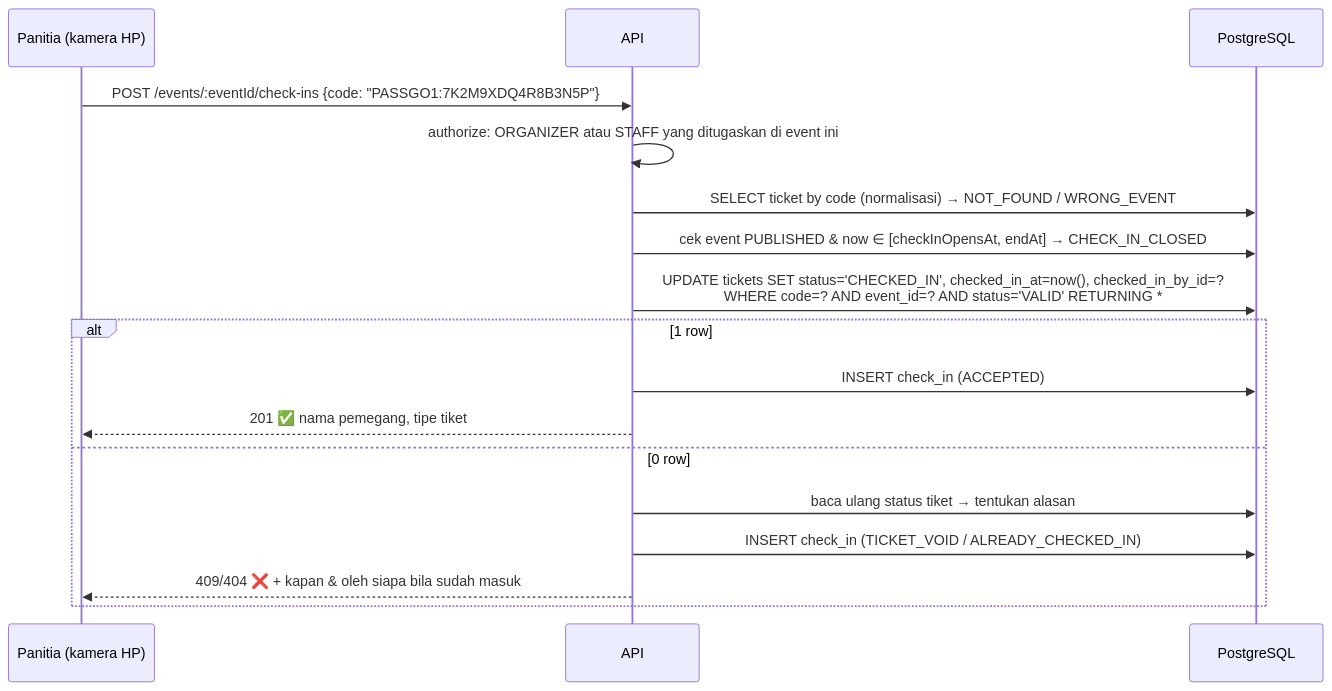
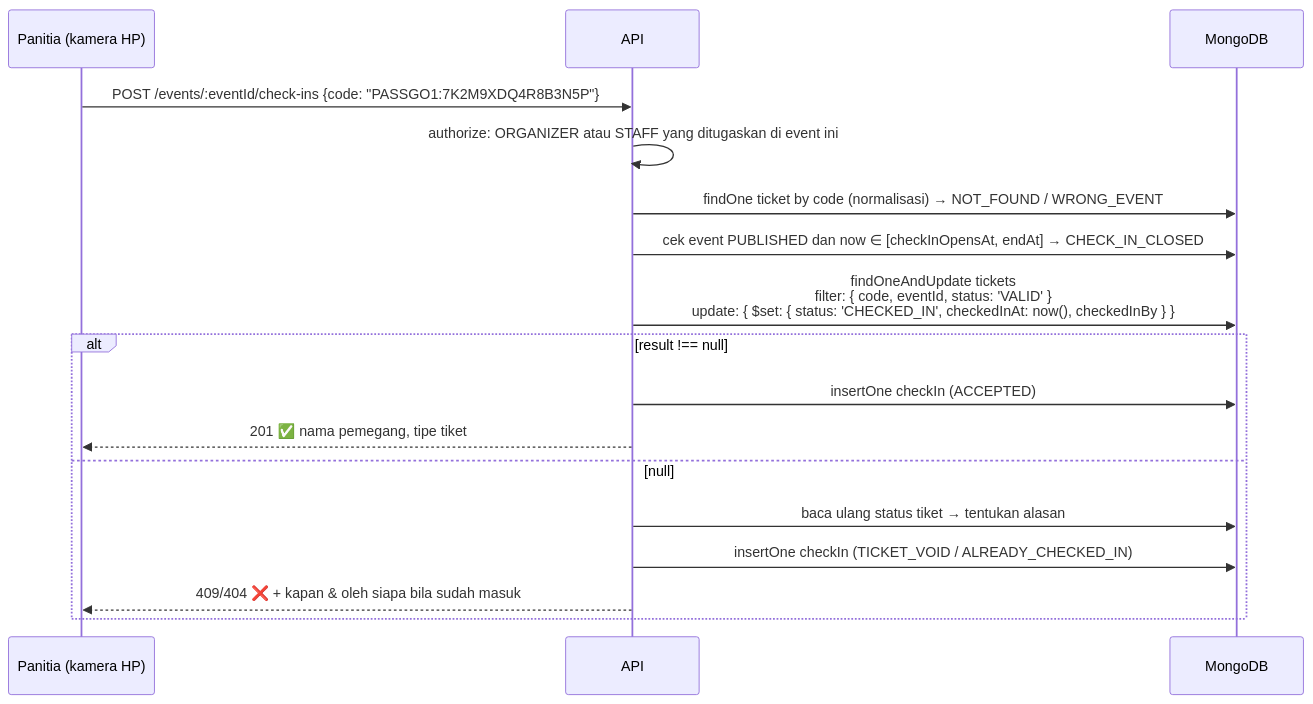
The fifth of 5 diagrams in docs/architecture.md (gadicandra/PassGo), drawn with Mermaid before and after one commit. The commit also changed other lines of this file and 1 other file, not shown here.

````diff
--- a/docs/architecture.md
+++ b/docs/architecture.md
@@ -418,19 +442,19 @@
 ```mermaid
 sequenceDiagram
   participant S as Panitia (kamera HP)
   participant A as API
-  participant D as PostgreSQL
+  participant D as MongoDB
   S->>A: POST /events/:eventId/check-ins {code: "PASSGO1:7K2M9XDQ4R8B3N5P"}
   A->>A: authorize: ORGANIZER atau STAFF yang ditugaskan di event ini
-  A->>D: SELECT ticket by code (normalisasi) → NOT_FOUND / WRONG_EVENT
-  A->>D: cek event PUBLISHED & now ∈ [checkInOpensAt, endAt] → CHECK_IN_CLOSED
-  A->>D: UPDATE tickets SET status='CHECKED_IN', checked_in_at=now(), checked_in_by_id=?<br/>WHERE code=? AND event_id=? AND status='VALID' RETURNING *
-  alt 1 row
-    A->>D: INSERT check_in (ACCEPTED)
+  A->>D: findOne ticket by code (normalisasi) → NOT_FOUND / WRONG_EVENT
+  A->>D: cek event PUBLISHED dan now ∈ [checkInOpensAt, endAt] → CHECK_IN_CLOSED
+  A->>D: findOneAndUpdate tickets<br/>filter: { code, eventId, status: 'VALID' }<br/>update: { $set: { status: 'CHECKED_IN', checkedInAt: now(), checkedInBy } }
+  alt result !== null
+    A->>D: insertOne checkIn (ACCEPTED)
     A-->>S: 201 ✅ nama pemegang, tipe tiket
-  else 0 row
+  else null
     A->>D: baca ulang status tiket → tentukan alasan
-    A->>D: INSERT check_in (TICKET_VOID / ALREADY_CHECKED_IN)
+    A->>D: insertOne checkIn (TICKET_VOID / ALREADY_CHECKED_IN)
     A-->>S: 409/404 ❌ + kapan & oleh siapa bila sudah masuk
   end
 ```
````
